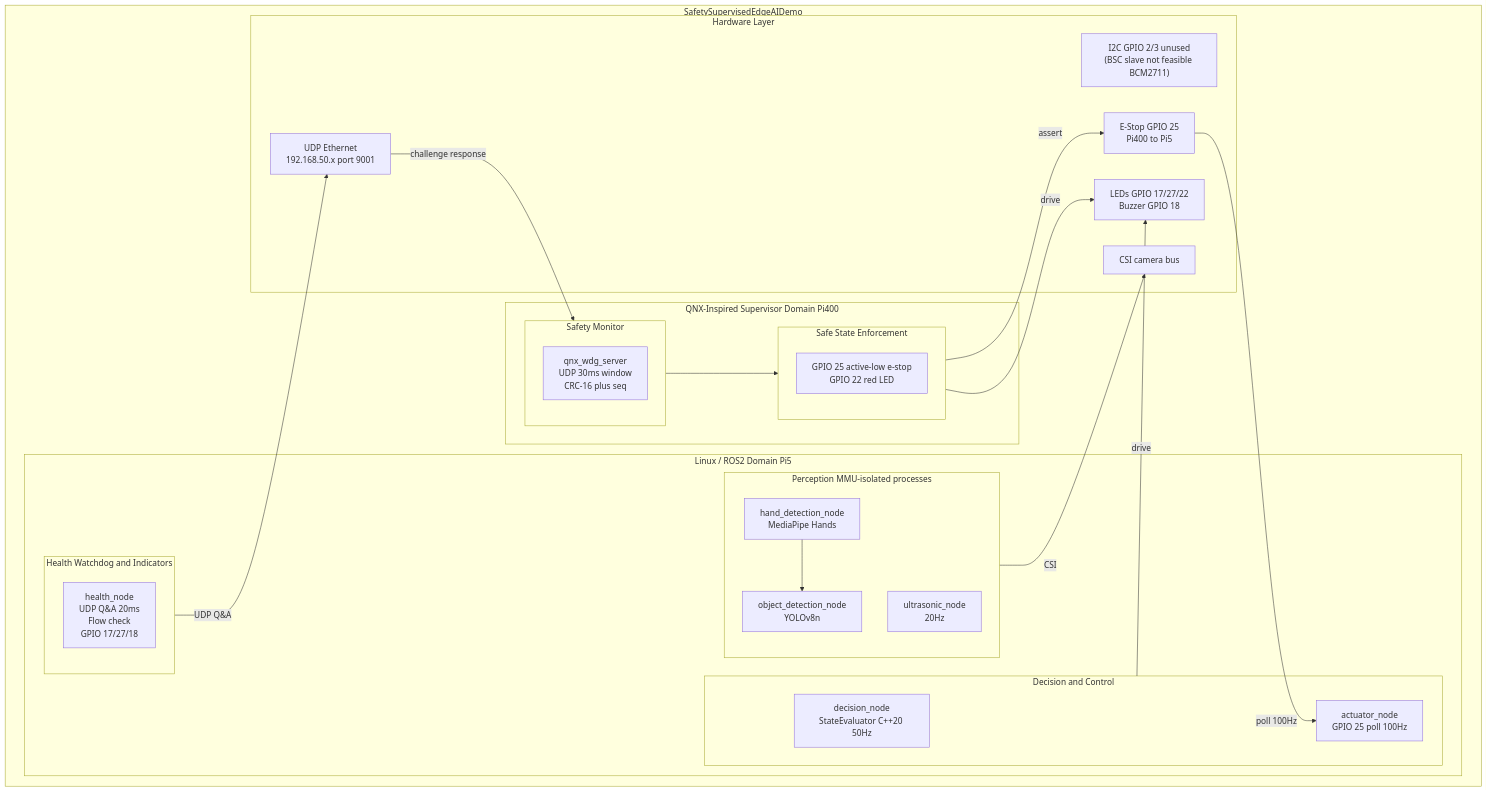
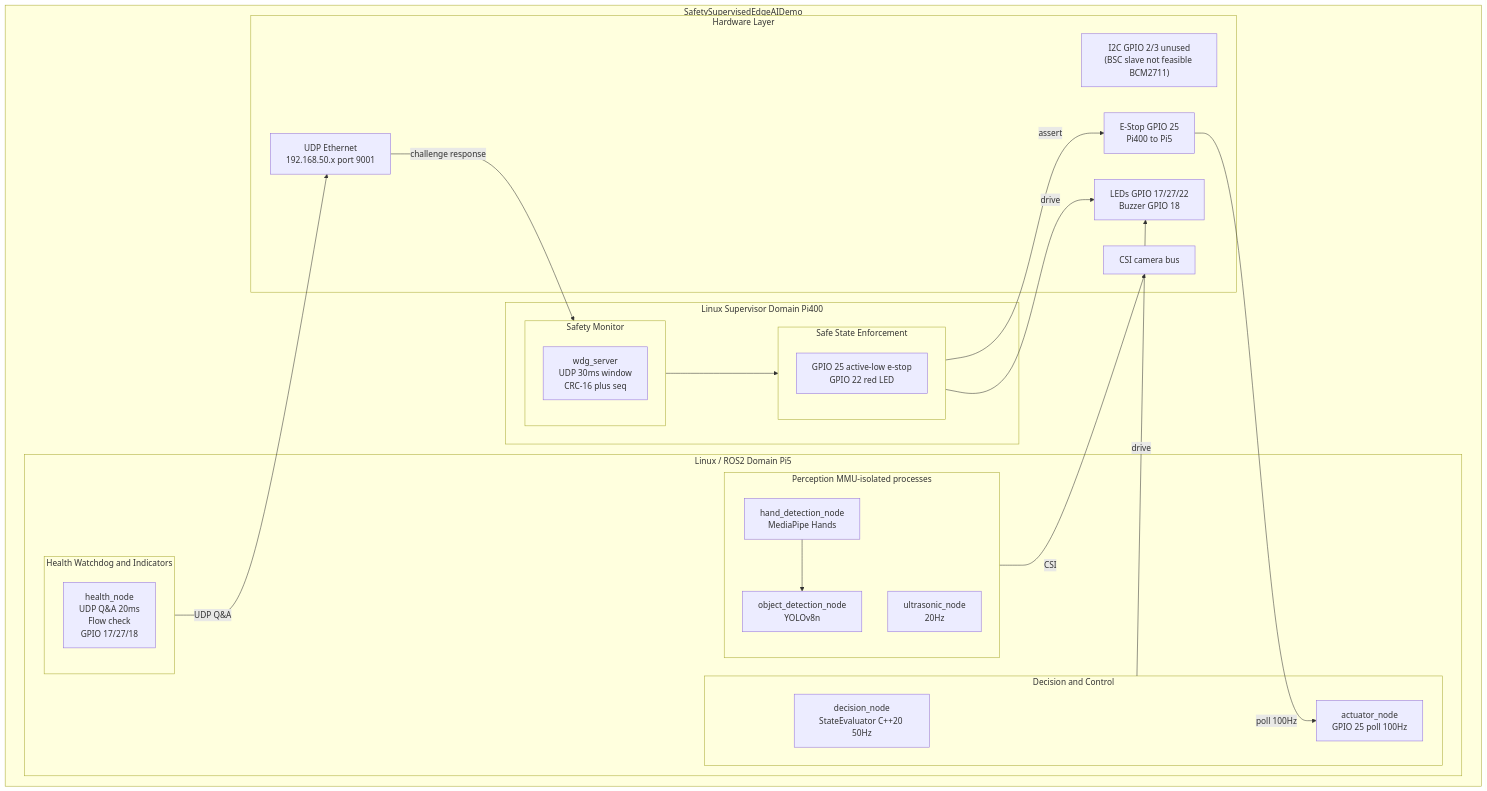
One commit to tipou82/safety-supervised-edge-ai-demo changed the fourth of 11 diagrams in docs/sysml/architecture_diagrams.md. Above: the diagram before and after it, drawn with Mermaid. The commit also changed other lines of this file and 19 other files, not shown here.

````diff
--- a/docs/sysml/architecture_diagrams.md
+++ b/docs/sysml/architecture_diagrams.md
@@ -232,46 +232,46 @@
 ```mermaid
 graph TB
     subgraph SYS["SafetySupervisedEdgeAIDemo"]
         subgraph LINUX["Linux / ROS2 Domain  Pi5"]
             subgraph PERCEPTION["Perception  MMU-isolated processes"]
                 HDN2["hand_detection_node\nMediaPipe Hands"]
                 ODN2["object_detection_node\nYOLOv8n"]
                 USN["ultrasonic_node\n20Hz"]
             end
             subgraph CONTROL["Decision and Control"]
                 DEC["decision_node\nStateEvaluator C++20 50Hz"]
                 ACT["actuator_node\nGPIO 25 poll 100Hz"]
             end
             subgraph HEALTH["Health Watchdog and Indicators"]
                 HLT["health_node\nUDP Q&A 20ms\nFlow check\nGPIO 17/27/18"]
             end
         end
 
-        subgraph QNX["QNX-Inspired Supervisor Domain  Pi400"]
+        subgraph SUPERVISOR["Linux Supervisor Domain  Pi400"]
             subgraph MONITOR["Safety Monitor"]
-                WDG2["qnx_wdg_server\nUDP 30ms window\nCRC-16 plus seq"]
+                WDG2["wdg_server\nUDP 30ms window\nCRC-16 plus seq"]
             end
             subgraph SAFETY["Safe State Enforcement"]
                 SSC["GPIO 25 active-low e-stop\nGPIO 22 red LED"]
             end
         end
 
         subgraph HW["Hardware Layer"]
             I2C_UNUSED["I2C GPIO 2/3 unused\n(BSC slave not feasible BCM2711)"]
             GPIO_ESTOP["E-Stop GPIO 25\nPi400 to Pi5"]
             GPIO_LEDS["LEDs GPIO 17/27/22\nBuzzer GPIO 18"]
             UDP_ETH["UDP Ethernet\n192.168.50.x port 9001"]
             CSI_BUS["CSI camera bus"]
         end
     end
 
     HEALTH  -->|"UDP Q&A"| UDP_ETH
     UDP_ETH -->|"challenge response"| MONITOR
     MONITOR --> SAFETY
     SAFETY  -->|"assert"| GPIO_ESTOP
     GPIO_ESTOP -->|"poll 100Hz"| ACT
     CONTROL -->|"drive"| GPIO_LEDS
     SAFETY  -->|"drive"| GPIO_LEDS
     PERCEPTION -->|"CSI"| CSI_BUS
     HDN2 --> ODN2
 ```
````
